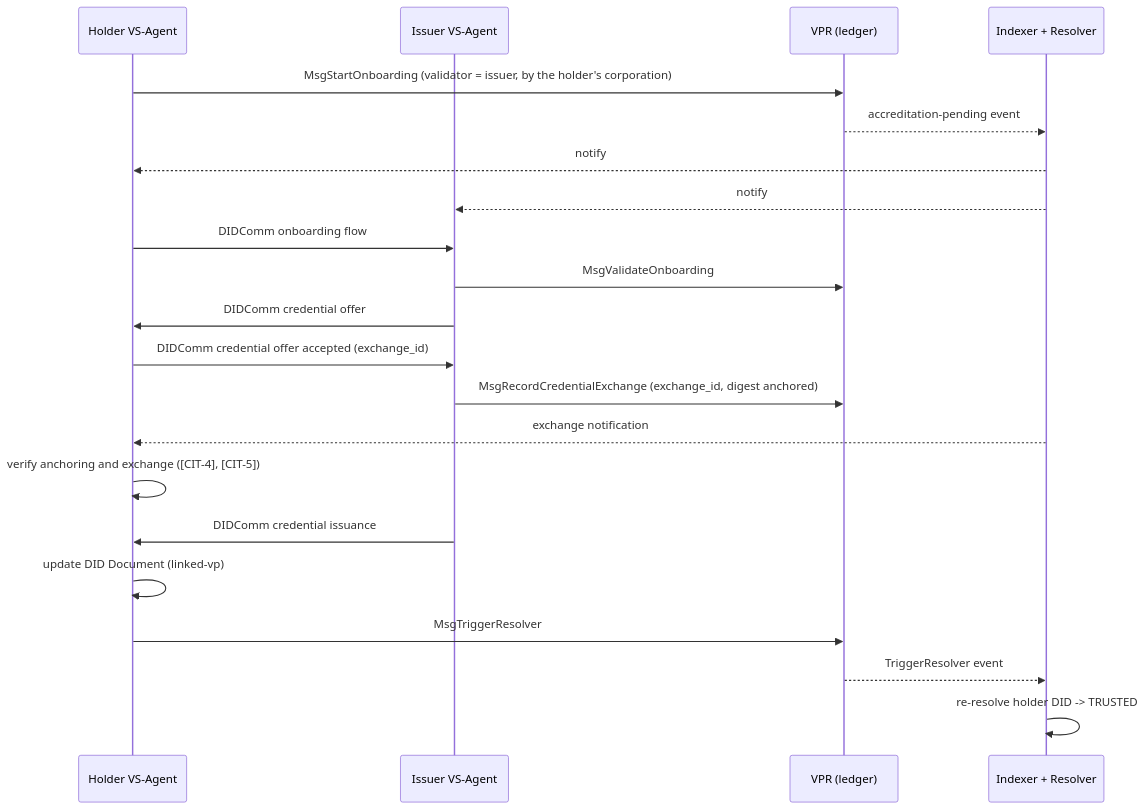
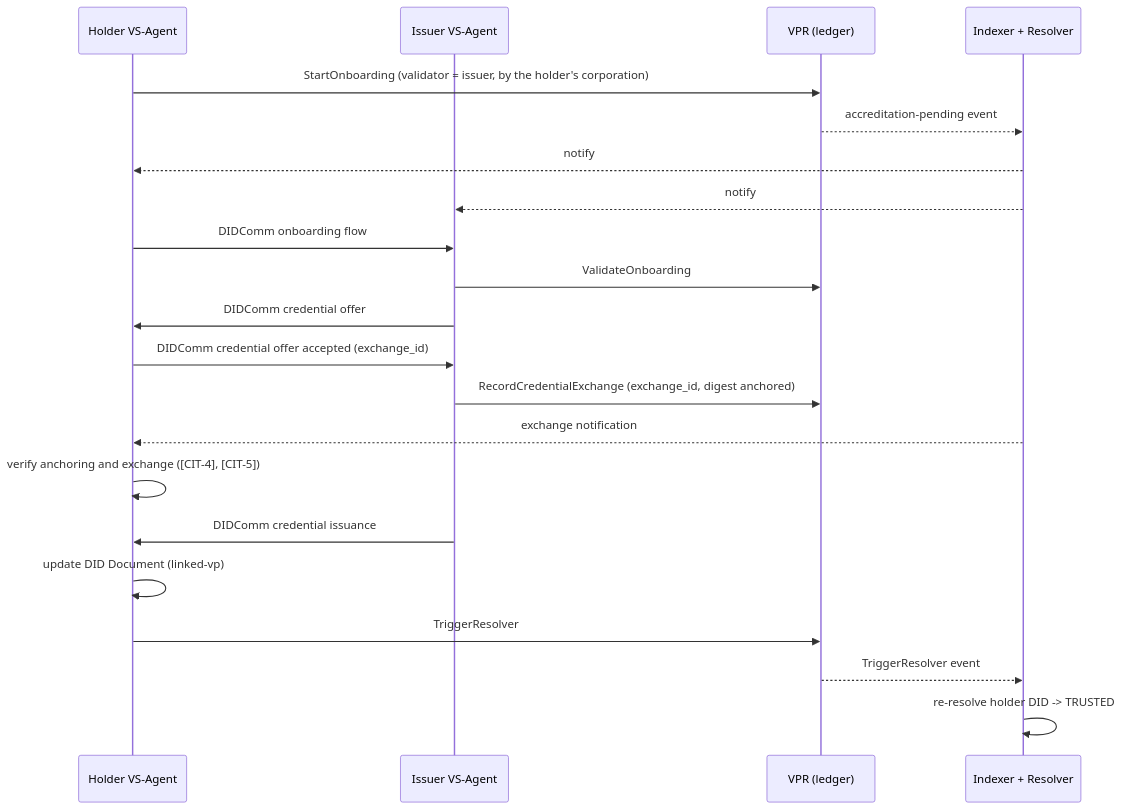
One commit to verana-labs/verifiable-trust-spec changed diagram 15 of 16 in spec.md. Above: the diagram before and after it, drawn with Mermaid. The commit also changed other lines of this file, not shown here.

Commit message:
Examples: the VPR message names without the Msg prefix the VPR leaves to implementations (13 occurrences) (audit)

````diff
--- a/spec.md
+++ b/spec.md
@@ -2622,24 +2622,24 @@
 ```mermaid
 sequenceDiagram
     participant Holder as Holder VS-Agent
     participant Issuer as Issuer VS-Agent
     participant VPR as VPR (ledger)
     participant Idx as Indexer + Resolver
 
-    Holder->>VPR: MsgStartOnboarding (validator = issuer, by the holder's corporation)
+    Holder->>VPR: StartOnboarding (validator = issuer, by the holder's corporation)
     VPR-->>Idx: accreditation-pending event
     Idx-->>Holder: notify
     Idx-->>Issuer: notify
     Holder->>Issuer: DIDComm onboarding flow
-    Issuer->>VPR: MsgValidateOnboarding
+    Issuer->>VPR: ValidateOnboarding
     Issuer->>Holder: DIDComm credential offer
     Holder->>Issuer: DIDComm credential offer accepted (exchange_id)
-    Issuer->>VPR: MsgRecordCredentialExchange (exchange_id, digest anchored)
+    Issuer->>VPR: RecordCredentialExchange (exchange_id, digest anchored)
     Idx-->>Holder: exchange notification
     Holder->>Holder: verify anchoring and exchange ([CIT-4], [CIT-5])
     Issuer->>Holder: DIDComm credential issuance
     Holder->>Holder: update DID Document (linked-vp)
-    Holder->>VPR: MsgTriggerResolver
+    Holder->>VPR: TriggerResolver
     VPR-->>Idx: TriggerResolver event
     Idx->>Idx: re-resolve holder DID -> TRUSTED
 ```
````
